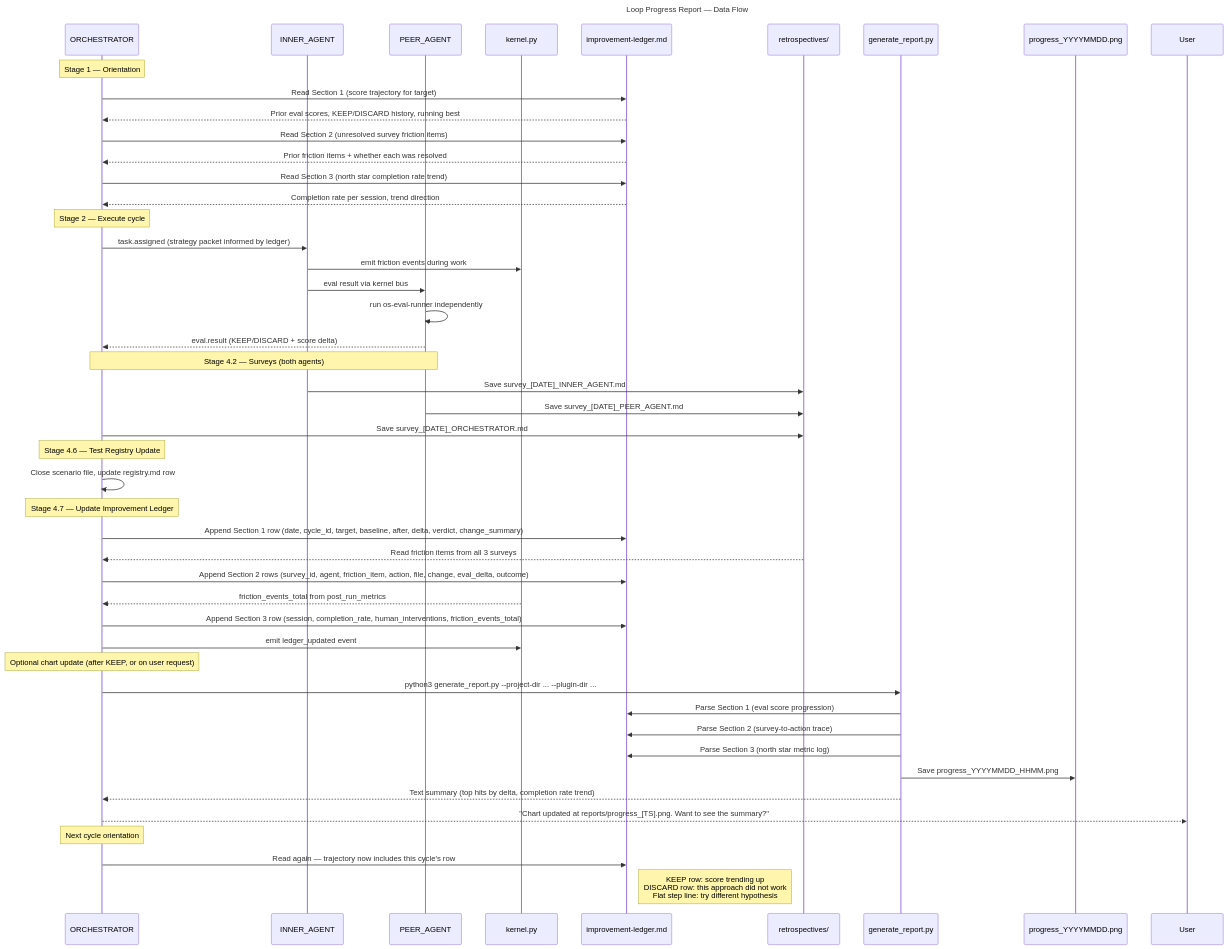
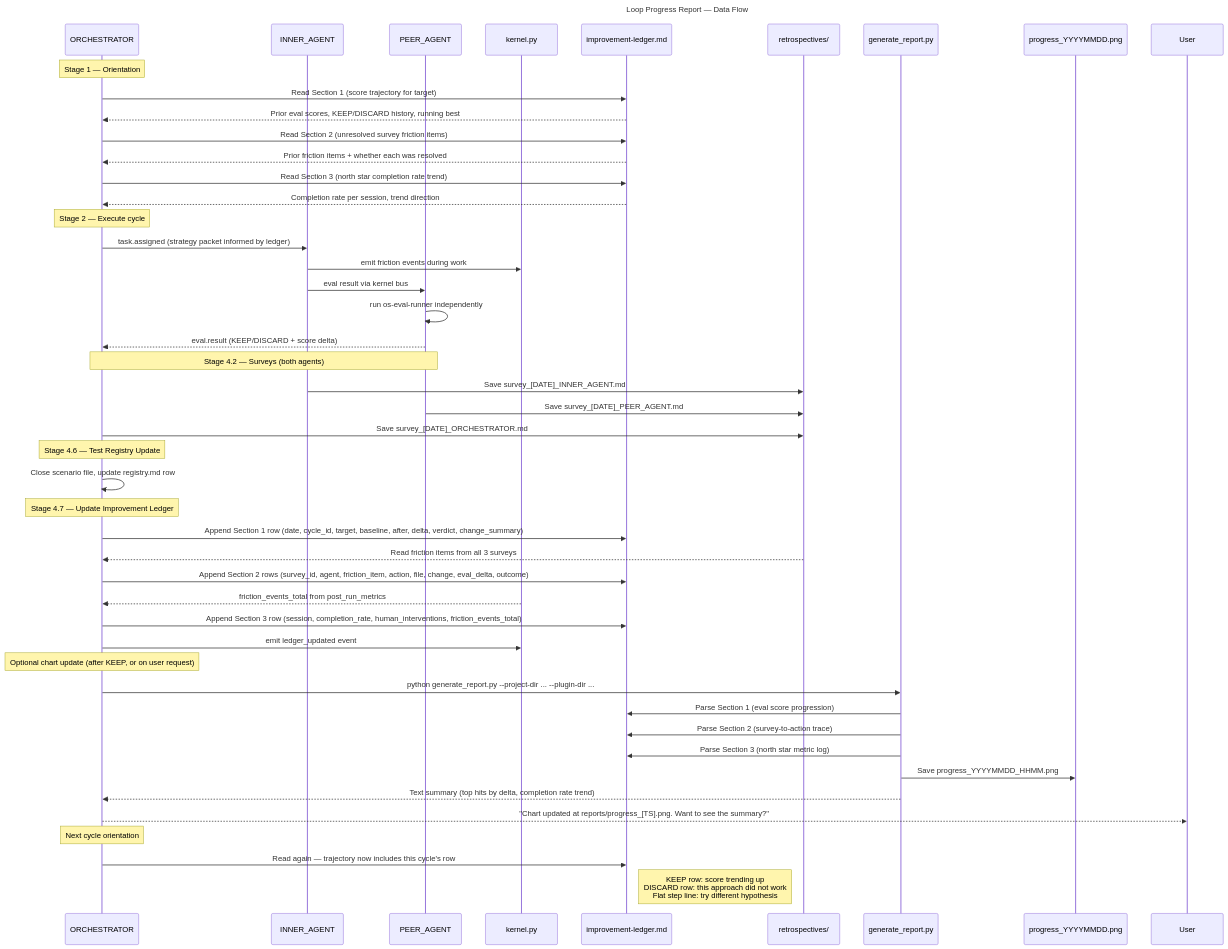
One commit to richfrem/agent-plugins-skills changed the diagram in plugins/agent-agentic-os/assets/diagrams/loop-progress-report.mmd. Above: the diagram before and after it, drawn with Mermaid. The commit also changed 435 other files, not shown here.

```diff
--- a/plugins/agent-agentic-os/assets/diagrams/loop-progress-report.mmd
+++ b/plugins/agent-agentic-os/assets/diagrams/loop-progress-report.mmd
@@ -1,55 +1,55 @@
 sequenceDiagram
     title Loop Progress Report — Data Flow
 
     participant ORCH as ORCHESTRATOR
     participant INNER as INNER_AGENT
     participant PEER as PEER_AGENT
     participant KERNEL as kernel.py
     participant LEDGER as improvement-ledger.md
     participant SURVEY as retrospectives/
     participant REPORT as generate_report.py
     participant CHART as progress_YYYYMMDD.png
 
     note over ORCH: Stage 1 — Orientation
     ORCH->>LEDGER: Read Section 1 (score trajectory for target)
     LEDGER-->>ORCH: Prior eval scores, KEEP/DISCARD history, running best
     ORCH->>LEDGER: Read Section 2 (unresolved survey friction items)
     LEDGER-->>ORCH: Prior friction items + whether each was resolved
     ORCH->>LEDGER: Read Section 3 (north star completion rate trend)
     LEDGER-->>ORCH: Completion rate per session, trend direction
 
     note over ORCH: Stage 2 — Execute cycle
     ORCH->>INNER: task.assigned (strategy packet informed by ledger)
     INNER->>KERNEL: emit friction events during work
     INNER->>PEER: eval result via kernel bus
     PEER->>PEER: run os-eval-runner independently
     PEER-->>ORCH: eval.result (KEEP/DISCARD + score delta)
 
     note over ORCH,PEER: Stage 4.2 — Surveys (both agents)
     INNER->>SURVEY: Save survey_[DATE]_INNER_AGENT.md
     PEER->>SURVEY: Save survey_[DATE]_PEER_AGENT.md
     ORCH->>SURVEY: Save survey_[DATE]_ORCHESTRATOR.md
 
     note over ORCH: Stage 4.6 — Test Registry Update
     ORCH->>ORCH: Close scenario file, update registry.md row
 
     note over ORCH: Stage 4.7 — Update Improvement Ledger
     ORCH->>LEDGER: Append Section 1 row (date, cycle_id, target, baseline, after, delta, verdict, change_summary)
     SURVEY-->>ORCH: Read friction items from all 3 surveys
     ORCH->>LEDGER: Append Section 2 rows (survey_id, agent, friction_item, action, file, change, eval_delta, outcome)
     KERNEL-->>ORCH: friction_events_total from post_run_metrics
     ORCH->>LEDGER: Append Section 3 row (session, completion_rate, human_interventions, friction_events_total)
     ORCH->>KERNEL: emit ledger_updated event
 
     note over ORCH: Optional chart update (after KEEP, or on user request)
-    ORCH->>REPORT: python3 generate_report.py --project-dir ... --plugin-dir ...
+    ORCH->>REPORT: python generate_report.py --project-dir ... --plugin-dir ...
     REPORT->>LEDGER: Parse Section 1 (eval score progression)
     REPORT->>LEDGER: Parse Section 2 (survey-to-action trace)
     REPORT->>LEDGER: Parse Section 3 (north star metric log)
     REPORT->>CHART: Save progress_YYYYMMDD_HHMM.png
     REPORT-->>ORCH: Text summary (top hits by delta, completion rate trend)
     ORCH-->>User: "Chart updated at reports/progress_[TS].png. Want to see the summary?"
 
     note over ORCH: Next cycle orientation
     ORCH->>LEDGER: Read again — trajectory now includes this cycle's row
     note right of LEDGER: KEEP row: score trending up<br/>DISCARD row: this approach did not work<br/>Flat step line: try different hypothesis
```
